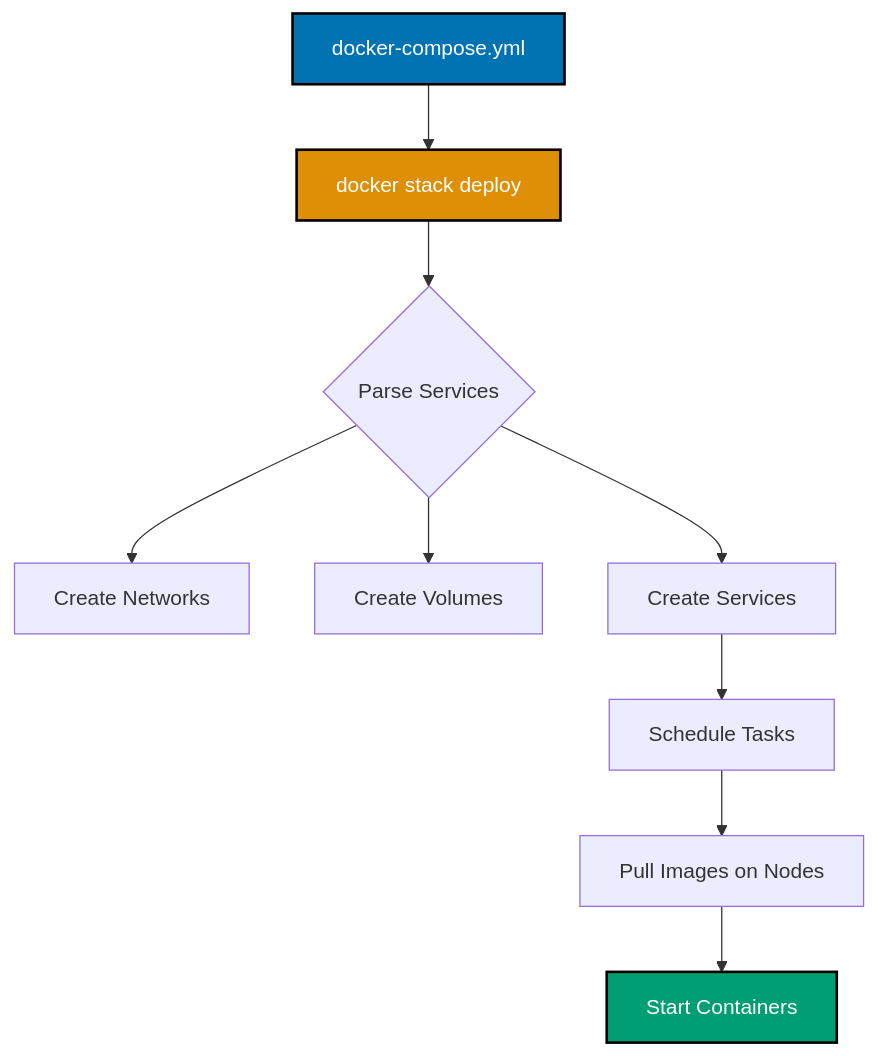
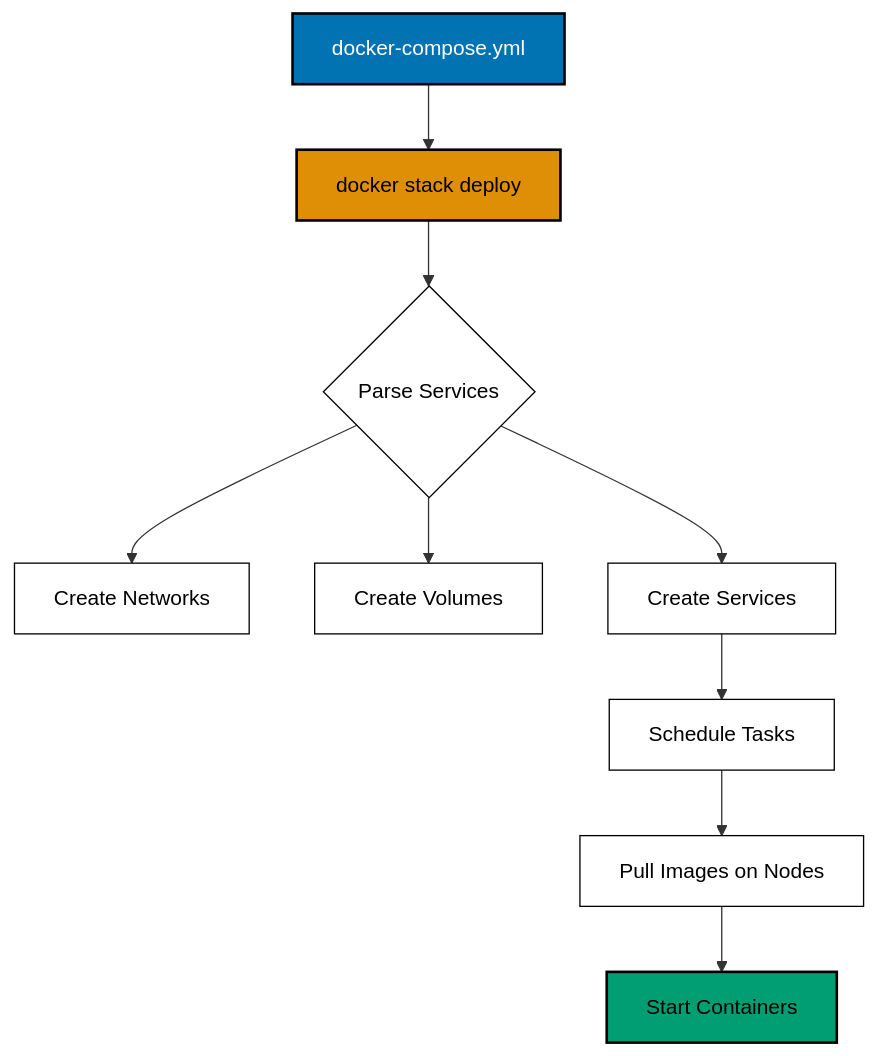
Before and after one commit to wahidyankf/ose-public: the seventh of 14 diagrams in apps/ayokoding-www/content/en/learn/legacy/software-engineering/infrastructure/tools/docker/by-example/advanced.md, drawn with Mermaid. The commit also changed other lines of this file and 131 other files, not shown here.

First line of the commit message:
fix(mermaid): bring the legacy data, infrastructure, and testing diagrams onto the accessible palette

````diff
--- a/apps/ayokoding-www/content/en/learn/legacy/software-engineering/infrastructure/tools/docker/by-example/advanced.md
+++ b/apps/ayokoding-www/content/en/learn/legacy/software-engineering/infrastructure/tools/docker/by-example/advanced.md
@@ -2097,16 +2136,22 @@
 ```mermaid
 %% Color Palette: Blue #0173B2, Orange #DE8F05, Teal #029E73, Purple #CC78BC, Brown #CA9161
 graph TD
+ accTitle: Example 66: Docker Stack Deployment
+ accDescr: Graph with 9 nodes and 8 connections. Nodes: docker-compose.yml, docker stack deploy, Parse Services, Create Networks, Create Volumes, Create Services, Schedule Tasks, Pull Images on Nodes, Start Containers. Connections: docker-compose.yml to docker stack deploy, docker stack deploy to Parse Services, Parse Services to Create Networks, Parse Services to Create Volumes, Parse Services to Create Services, Create Services to Schedule Tasks, Schedule Tasks to Pull Images on Nodes, Pull Images on Nodes to Start Containers.
  A["docker-compose.yml"] --> B["docker stack deploy"]
  B --> C{Parse Services}
  C --> D["Create Networks"]
  C --> E["Create Volumes"]
  C --> F["Create Services"]
  F --> G["Schedule Tasks"]
  G --> H["Pull Images on Nodes"]
  H --> I["Start Containers"]
 
- style A fill:#0173B2,stroke:#000000,stroke-width:2px,color:#fff
- style B fill:#DE8F05,stroke:#000000,stroke-width:2px,color:#fff
- style I fill:#029E73,stroke:#000000,stroke-width:2px,color:#fff
+ classDef pal-0173B2 fill:#0173B2,stroke:#000000,color:#FFFFFF,stroke-width:2px
+ class A pal-0173B2
+ classDef pal-DE8F05 fill:#DE8F05,stroke:#000000,color:#000000,stroke-width:2px
+ class B pal-DE8F05
+ classDef pal-029E73 fill:#029E73,stroke:#000000,color:#000000,stroke-width:2px
+ class I pal-029E73
+ classDef default fill:#FFFFFF,stroke:#000000,color:#000000
 ```
````
